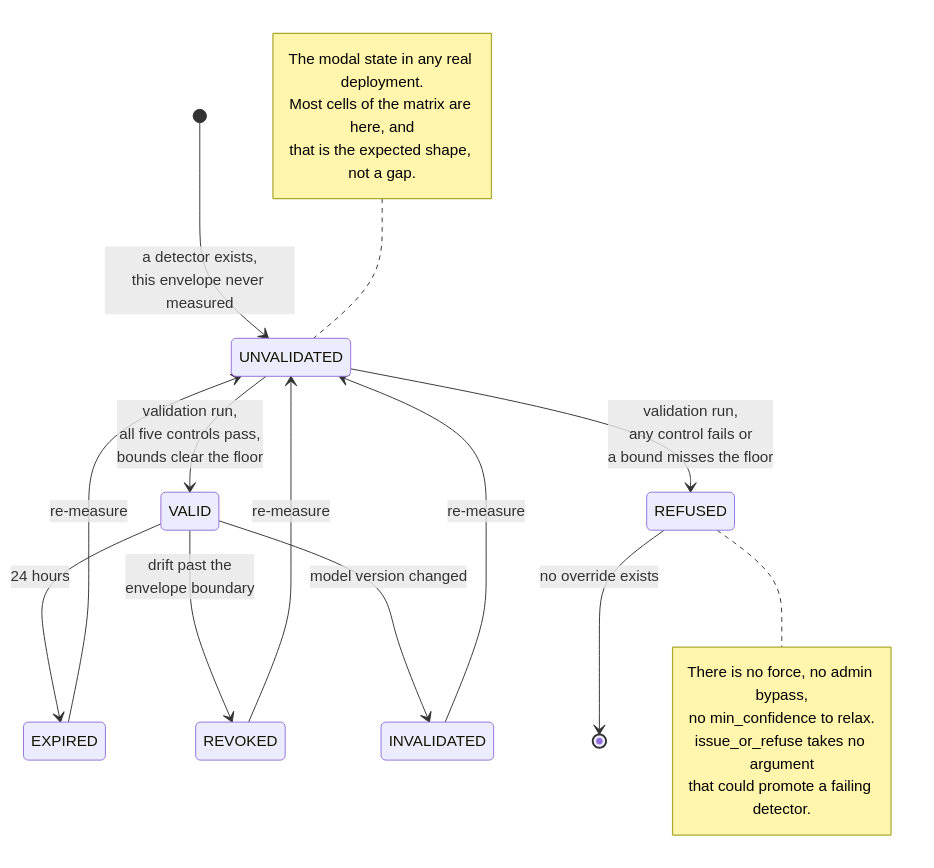
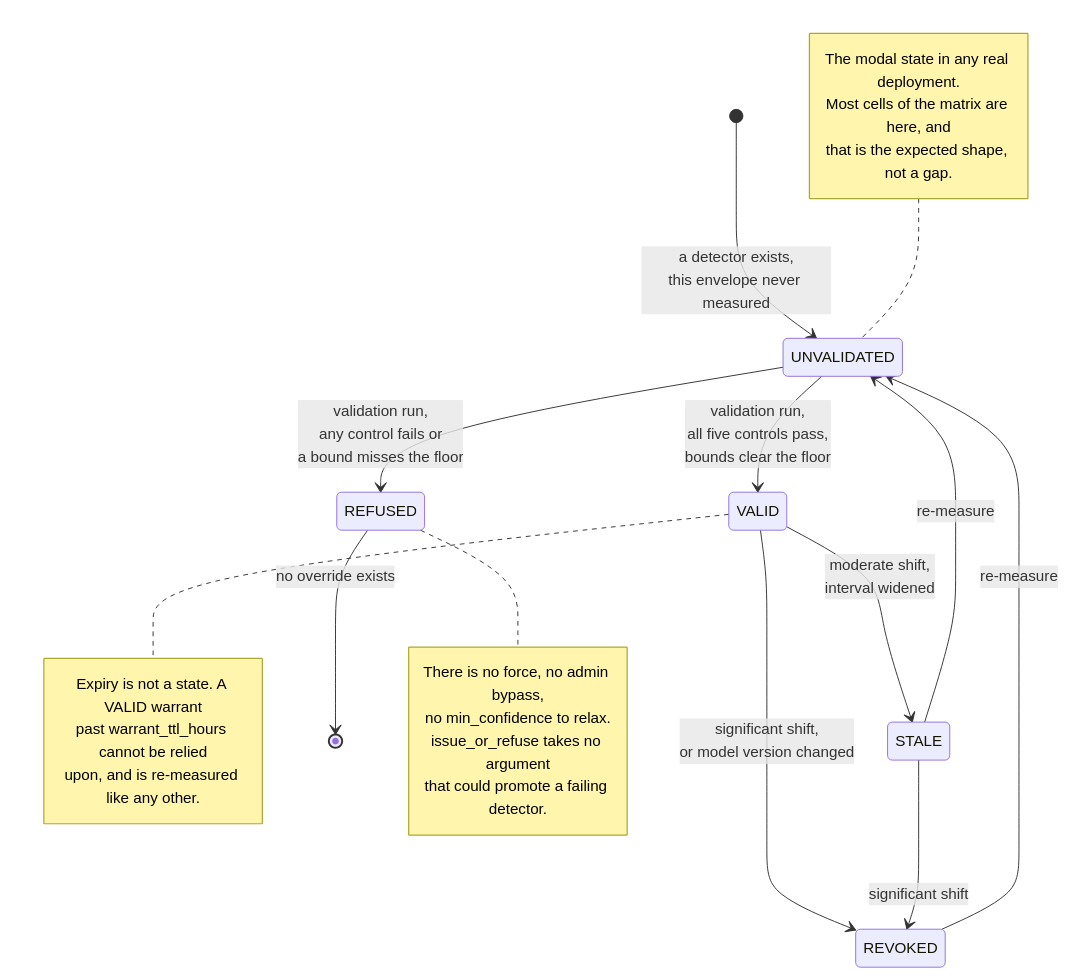
Before and after one commit to Aditya26189/Warrant: the third of 15 diagrams in docs/DIAGRAMS.md, drawn with Mermaid. The commit also changed other lines of this file, not shown here.

First line of the commit message:
docs(diagrams): four new diagrams -- the customer path, a chain of rechecks, release evidence, the action gate -- and three that drew what was never built

````diff
--- a/docs/DIAGRAMS.md
+++ b/docs/DIAGRAMS.md
@@ -100,30 +102,35 @@
 ```mermaid
 stateDiagram-v2
     [*] --> UNVALIDATED: a detector exists,<br/>this envelope never measured
 
     UNVALIDATED --> VALID: validation run,<br/>all five controls pass,<br/>bounds clear the floor
     UNVALIDATED --> REFUSED: validation run,<br/>any control fails or<br/>a bound misses the floor
 
-    VALID --> EXPIRED: 24 hours
-    VALID --> REVOKED: drift past the<br/>envelope boundary
-    VALID --> INVALIDATED: model version changed
+    VALID --> STALE: moderate shift,<br/>interval widened
+    VALID --> REVOKED: significant shift,<br/>or model version changed
+    STALE --> REVOKED: significant shift
 
-    EXPIRED --> UNVALIDATED: re-measure
+    STALE --> UNVALIDATED: re-measure
     REVOKED --> UNVALIDATED: re-measure
-    INVALIDATED --> UNVALIDATED: re-measure
 
     REFUSED --> [*]: no override exists
+
+    note right of VALID
+        Expiry is not a state. A VALID warrant
+        past warrant_ttl_hours cannot be relied
+        upon, and is re-measured like any other.
+    end note
 
     note right of REFUSED
         There is no force, no admin bypass,
         no min_confidence to relax.
         issue_or_refuse takes no argument
         that could promote a failing detector.
     end note
 
     note left of UNVALIDATED
         The modal state in any real deployment.
         Most cells of the matrix are here, and
         that is the expected shape, not a gap.
     end note
 ```
````
